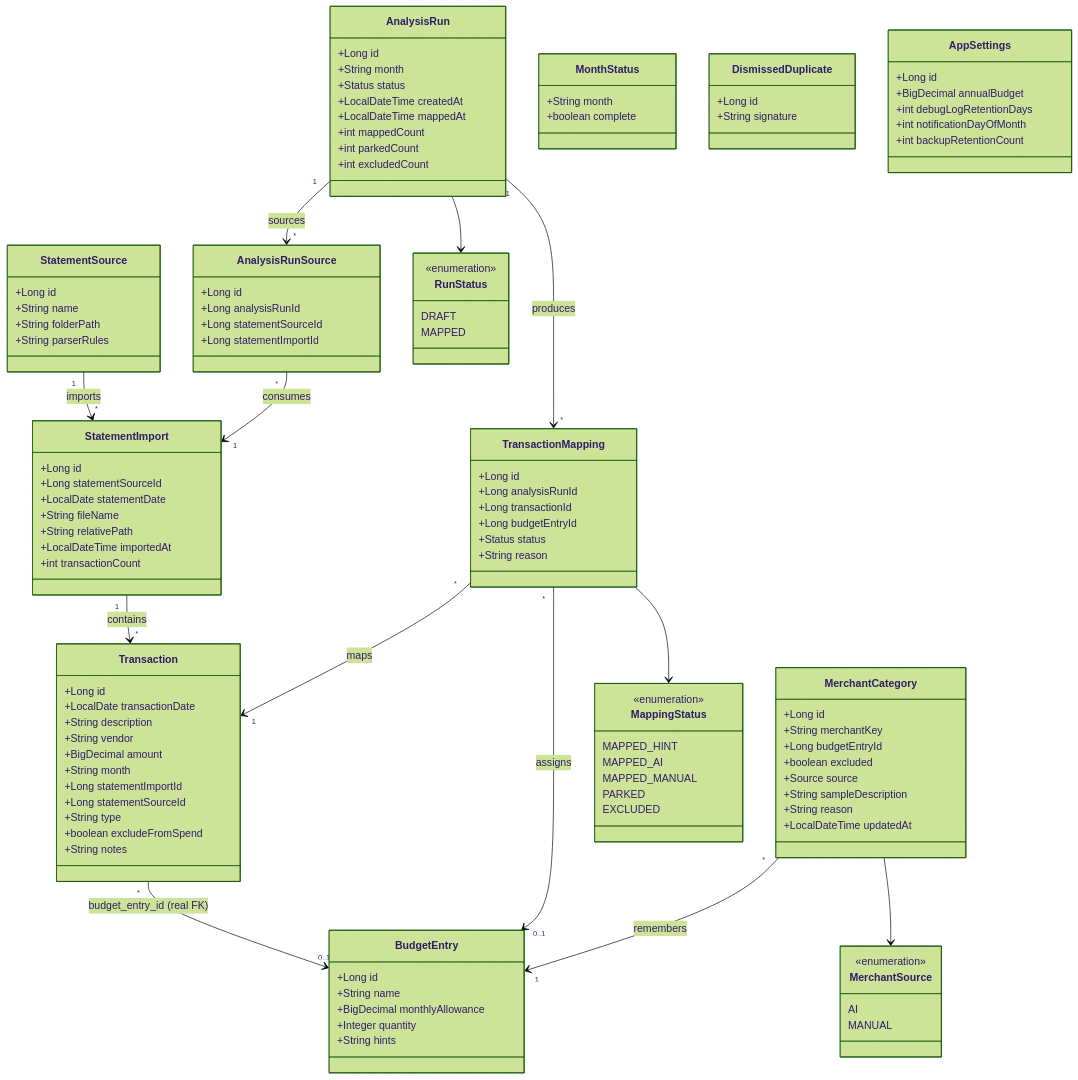
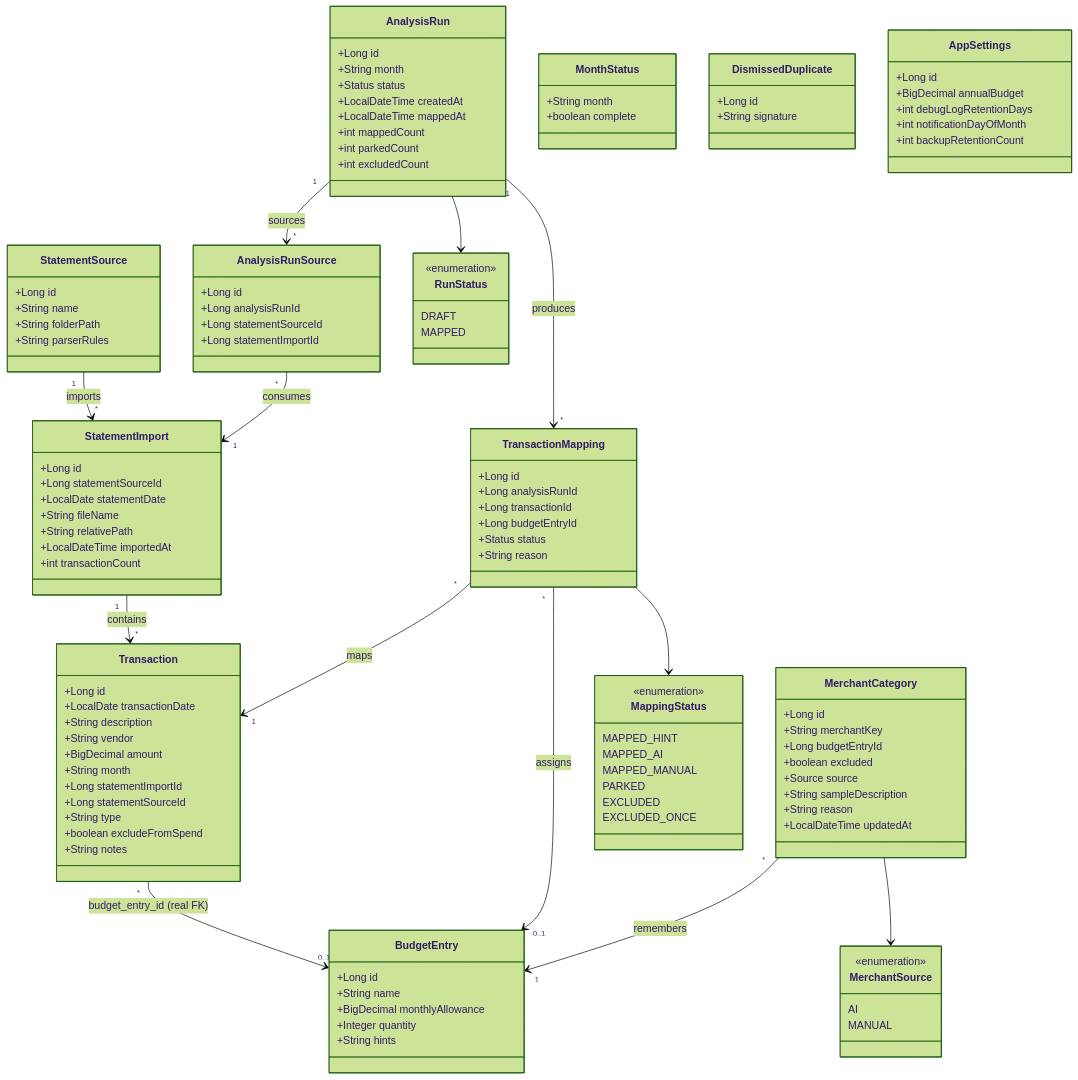
Before and after one commit to glbabior/pig-purchase-tracking: the third of 5 diagrams in docs/ARCHITECTURE.md, drawn with Mermaid (forest theme). The commit also changed other lines of this file and 10 other files, not shown here.

```diff
--- a/docs/ARCHITECTURE.md
+++ b/docs/ARCHITECTURE.md
@@ -259,6 +269,7 @@
         MAPPED_MANUAL
         PARKED
         EXCLUDED
+        EXCLUDED_ONCE
     }
     class MerchantSource {
         <<enumeration>>
```
